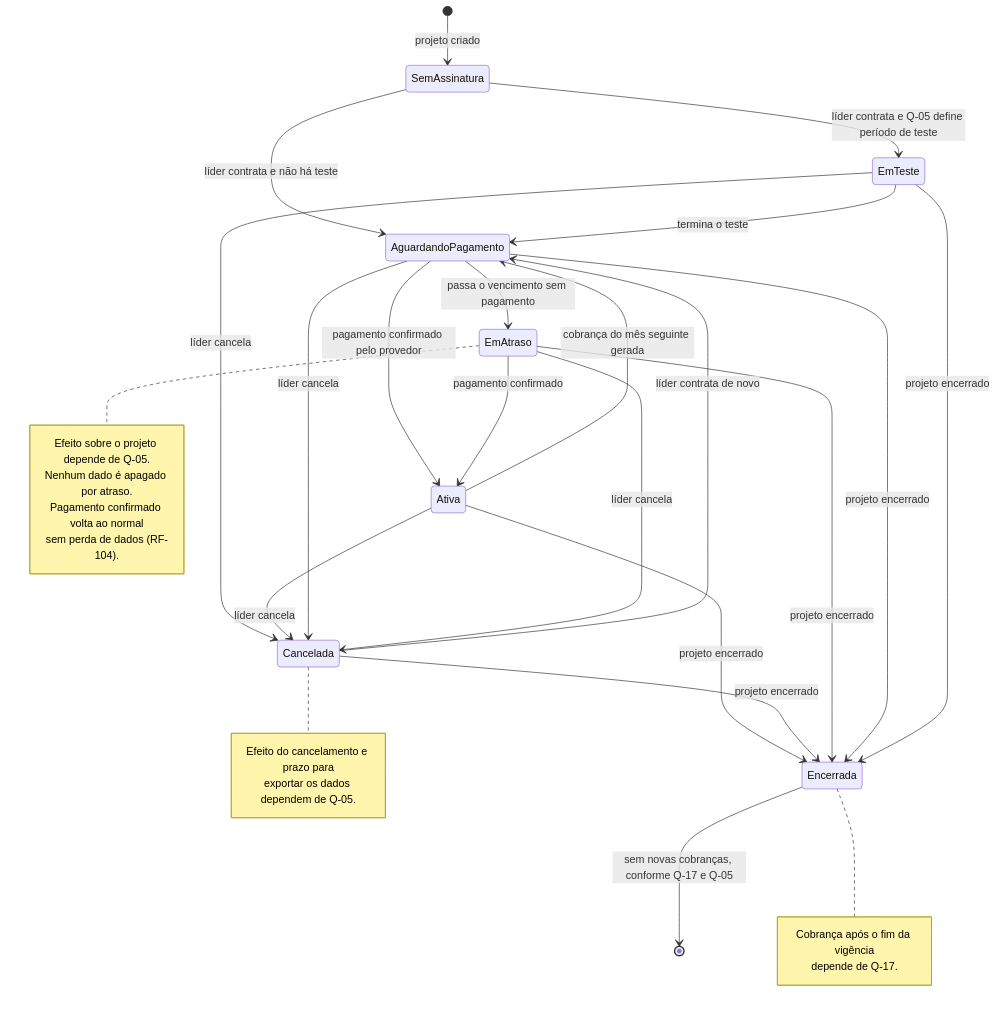
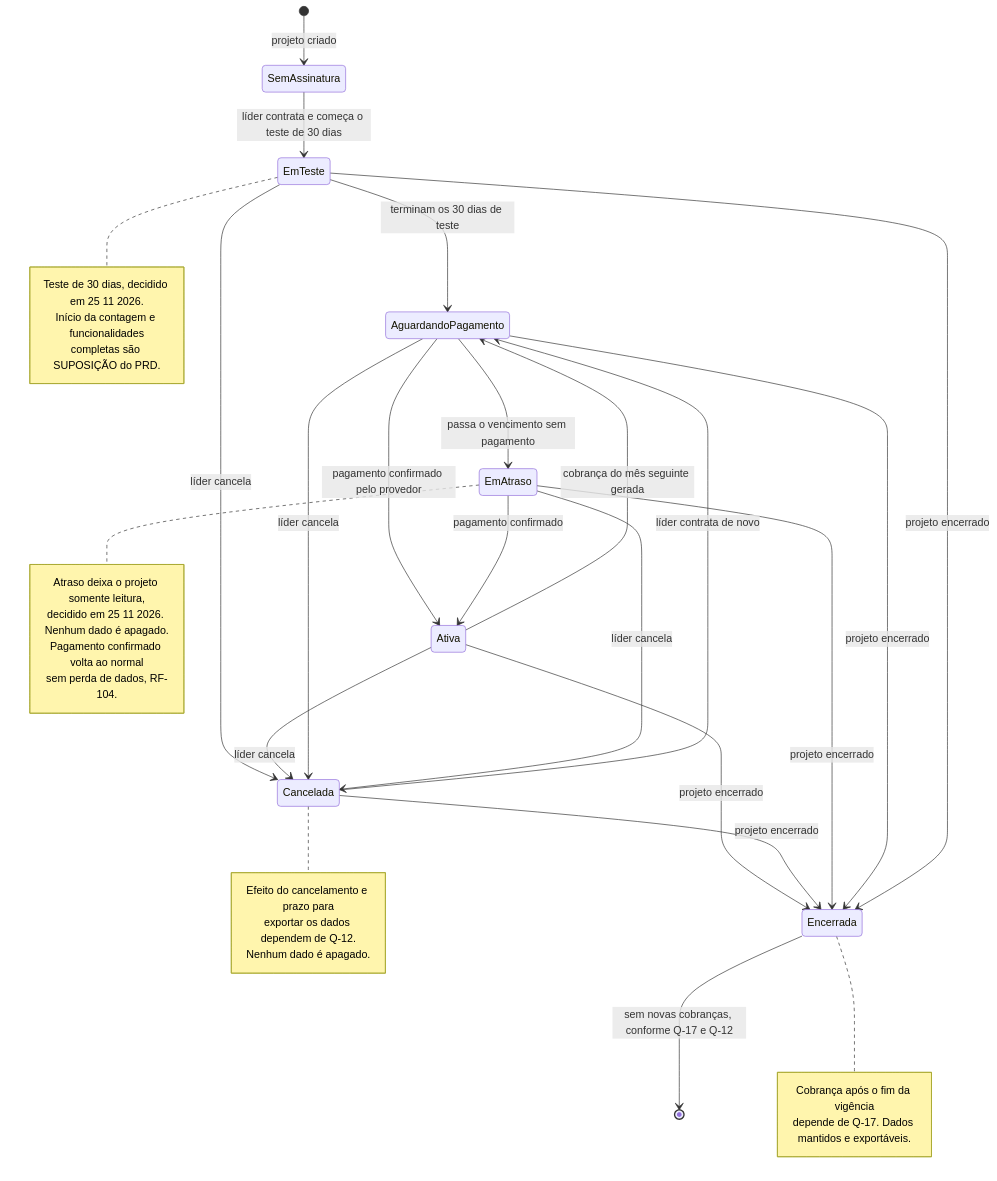
Diagram 15 of 25 in docs/04-workflows.md (Beguelly/gestprojet), drawn with Mermaid before and after one commit. The commit also changed other lines of this file and 1 other file, not shown here.

First line of the commit message:
WIP T-022c: rascunhos em andamento; não revisados

````diff
--- a/docs/04-workflows.md
+++ b/docs/04-workflows.md
@@ -853,37 +988,42 @@
 ```mermaid
 stateDiagram-v2
     [*] --> SemAssinatura: projeto criado
-    SemAssinatura --> EmTeste: líder contrata e Q-05 define período de teste
-    SemAssinatura --> AguardandoPagamento: líder contrata e não há teste
-    EmTeste --> AguardandoPagamento: termina o teste
+    SemAssinatura --> EmTeste: líder contrata e começa o teste de 30 dias
+    EmTeste --> AguardandoPagamento: terminam os 30 dias de teste
     EmTeste --> Cancelada: líder cancela
     AguardandoPagamento --> Ativa: pagamento confirmado pelo provedor
     AguardandoPagamento --> EmAtraso: passa o vencimento sem pagamento
     Ativa --> AguardandoPagamento: cobrança do mês seguinte gerada
     EmAtraso --> Ativa: pagamento confirmado
     Ativa --> Cancelada: líder cancela
     AguardandoPagamento --> Cancelada: líder cancela
     EmAtraso --> Cancelada: líder cancela
     Cancelada --> AguardandoPagamento: líder contrata de novo
     Ativa --> Encerrada: projeto encerrado
     Cancelada --> Encerrada: projeto encerrado
     EmAtraso --> Encerrada: projeto encerrado
     AguardandoPagamento --> Encerrada: projeto encerrado
     EmTeste --> Encerrada: projeto encerrado
-    Encerrada --> [*]: sem novas cobranças, conforme Q-17 e Q-05
+    Encerrada --> [*]: sem novas cobranças, conforme Q-17 e Q-12
 
+    note right of EmTeste
+        Teste de 30 dias, decidido em 25 11 2026.
+        Início da contagem e funcionalidades
+        completas são SUPOSIÇÃO do PRD.
+    end note
     note right of EmAtraso
-        Efeito sobre o projeto depende de Q-05.
-        Nenhum dado é apagado por atraso.
+        Atraso deixa o projeto somente leitura,
+        decidido em 25 11 2026. Nenhum dado é apagado.
         Pagamento confirmado volta ao normal
-        sem perda de dados (RF-104).
+        sem perda de dados, RF-104.
     end note
     note right of Encerrada
         Cobrança após o fim da vigência
-        depende de Q-17.
+        depende de Q-17. Dados mantidos e exportáveis.
     end note
     note right of Cancelada
         Efeito do cancelamento e prazo para
-        exportar os dados dependem de Q-05.
+        exportar os dados dependem de Q-12.
+        Nenhum dado é apagado.
     end note
 ```
````
